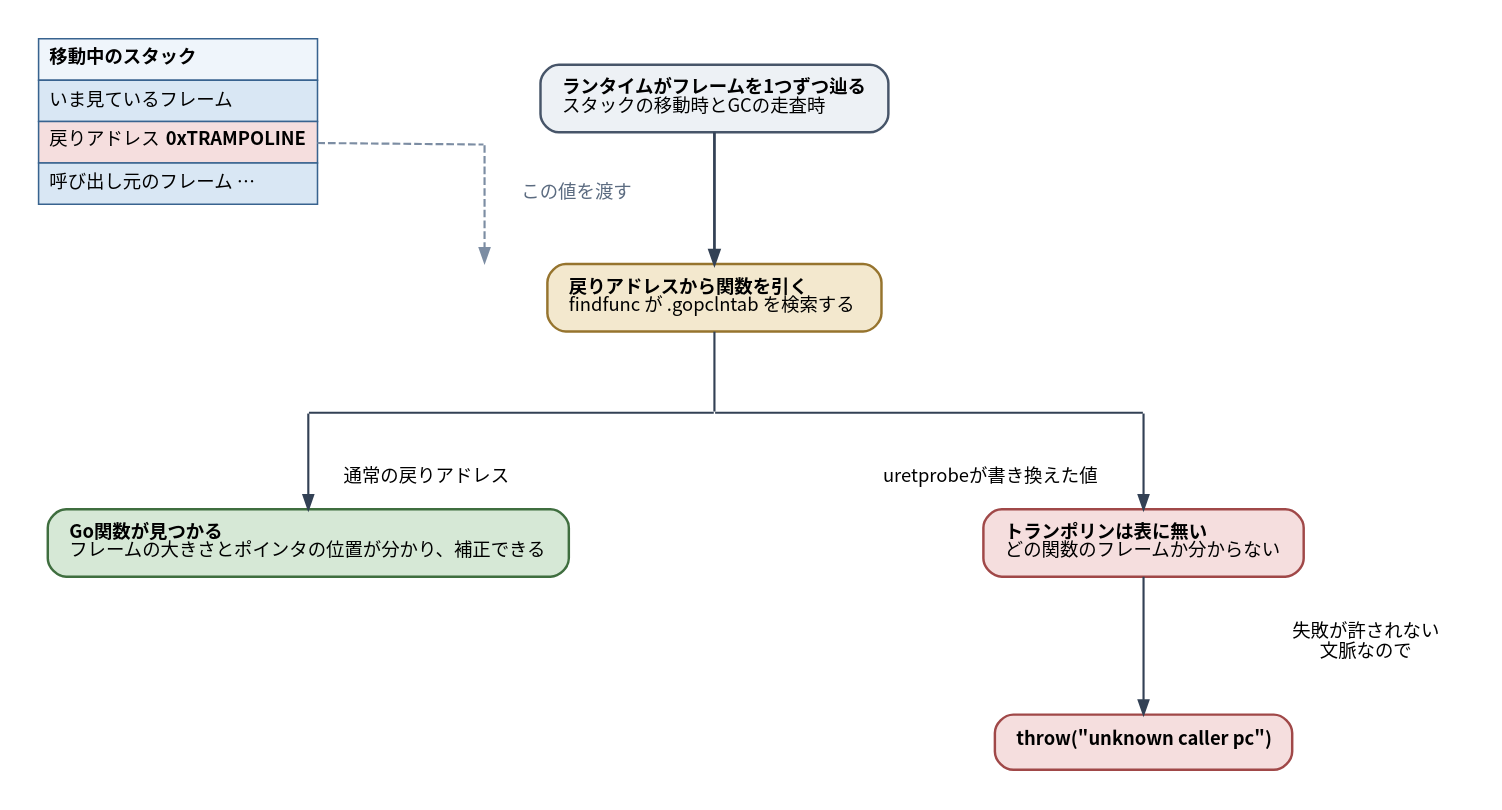
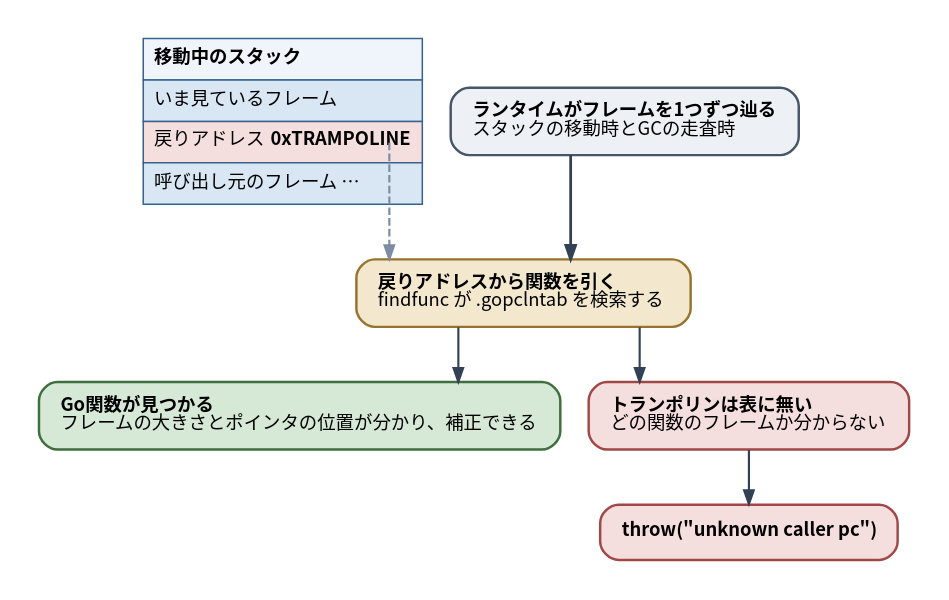
The diagram in diagrams/go-ebpf-primer/20260820-unwind-failure.dot (ymotongpoo/zenn.dev), drawn with Graphviz before and after one commit. The commit also changed 85 other files, not shown here.

First line of the commit message:
change(go-ebpf-primer): 矢印が無駄に長くなる図をlayout=dotに書き直した

```diff
--- a/diagrams/go-ebpf-primer/20260820-unwind-failure.dot
+++ b/diagrams/go-ebpf-primer/20260820-unwind-failure.dot
@@ -1,63 +1,49 @@
 // 戻りアドレスから関数を引けないと、スタックを辿れない
 digraph unwind_failure {
   graph [
-    layout=neato, inputscale=72, splines=line,
+    rankdir=TB, splines=ortho,
     fontname="Harano Aji Gothic,Noto Sans CJK JP,IPAGothic", fontsize=13,
     bgcolor="white", pad=0.25
   ];
   node [
     fontname="Harano Aji Gothic,Noto Sans CJK JP,IPAGothic", fontsize=12,
     shape=box, style="rounded,filled",
     fillcolor="#F1F5F9", color="#475569", penwidth=1.6,
     margin="0.2,0.14"
   ];
   edge [
     fontname="Harano Aji Gothic,Noto Sans CJK JP,IPAGothic", fontsize=11,
     color="#334155", penwidth=1.4, arrowsize=0.9,
     fontcolor="#1E293B"
   ];
 
-  stack [pos="130,545!", shape=plain, style="", label=<
+  stack [shape=plain, style="", label=<
     <table border="0" cellborder="1" cellspacing="0" cellpadding="6" color="#38638F">
       <tr><td align="left" bgcolor="#EFF5FB"><b>移動中のスタック</b></td></tr>
       <tr><td align="left" bgcolor="#D9E7F4">いま見ているフレーム</td></tr>
       <tr><td align="left" bgcolor="#F5DEDE" port="ra">戻りアドレス <b>0xTRAMPOLINE</b></td></tr>
       <tr><td align="left" bgcolor="#D9E7F4">呼び出し元のフレーム …</td></tr>
     </table>>];
 
-  walk [pos="480,560!", label=<<b>ランタイムがフレームを1つずつ辿る</b><br align="left"/>スタックの移動時とGCの走査時<br align="left"/>>,
+  walk [label=<<b>ランタイムがフレームを1つずつ辿る</b><br align="left"/>スタックの移動時とGCの走査時<br align="left"/>>,
         fillcolor="#EDF1F5"];
 
-  d1 [pos="330,530!", shape=point, width=0.01, style=invis];
-  d2 [pos="330,453!", shape=point, width=0.01, style=invis];
-
-  lookup [pos="480,430!", label=<<b>戻りアドレスから関数を引く</b><br align="left"/>findfunc が .gopclntab を検索する<br align="left"/>>,
+  lookup [label=<<b>戻りアドレスから関数を引く</b><br align="left"/>findfunc が .gopclntab を検索する<br align="left"/>>,
           fillcolor="#F3E8CE", color="#96742E"];
 
-  Ld [pos="390,498!", shape=plaintext, style="", label="この値を渡す", fontcolor="#5B6B80"];
-
-  j  [pos="480,355!", shape=point, width=0.01, style=invis];
-  jl [pos="215,355!", shape=point, width=0.01, style=invis];
-  jr [pos="760,355!", shape=point, width=0.01, style=invis];
-
-  ok [pos="215,270!", label=<<b>Go関数が見つかる</b><br align="left"/>フレームの大きさとポインタの位置が分かり、補正できる<br align="left"/>>,
+  ok [label=<<b>Go関数が見つかる</b><br align="left"/>フレームの大きさとポインタの位置が分かり、補正できる<br align="left"/>>,
       fillcolor="#D6E8D6", color="#3F6E3F"];
-  ng [pos="760,270!", label=<<b>トランポリンは表に無い</b><br align="left"/>どの関数のフレームか分からない<br align="left"/>>,
+  ng [label=<<b>トランポリンは表に無い</b><br align="left"/>どの関数のフレームか分からない<br align="left"/>>,
       fillcolor="#F5DEDE", color="#A04848"];
 
-  L1 [pos="292,313!", shape=plaintext, style="", label="通常の戻りアドレス"];
-  L2 [pos="660,313!", shape=plaintext, style="", label="uretprobeが書き換えた値"];
-
-  crash [pos="760,140!", label=<<b>throw("unknown caller pc")</b>>, fillcolor="#F5DEDE", color="#A04848"];
-  L3 [pos="905,205!", shape=plaintext, style="", label="失敗が許されない\n文脈なので"];
+  crash [label=<<b>throw("unknown caller pc")</b>>, fillcolor="#F5DEDE", color="#A04848"];
 
   walk -> lookup [penwidth=1.8];
-  stack:ra:e -> d1 [dir=none, style=dashed, color="#7C8DA3"];
-  d1 -> d2 [style=dashed, color="#7C8DA3"];
-  lookup -> j [dir=none];
-  j -> jl [dir=none];
-  j -> jr [dir=none];
-  jl -> ok;
-  jr -> ng;
+  stack:ra:e -> lookup [style=dashed, color="#7C8DA3"];
+  lookup -> ok;
+  lookup -> ng;
   ng -> crash;
+
+  { rank=same; walk; stack; }
+  { rank=same; ok; ng; }
 }
```
